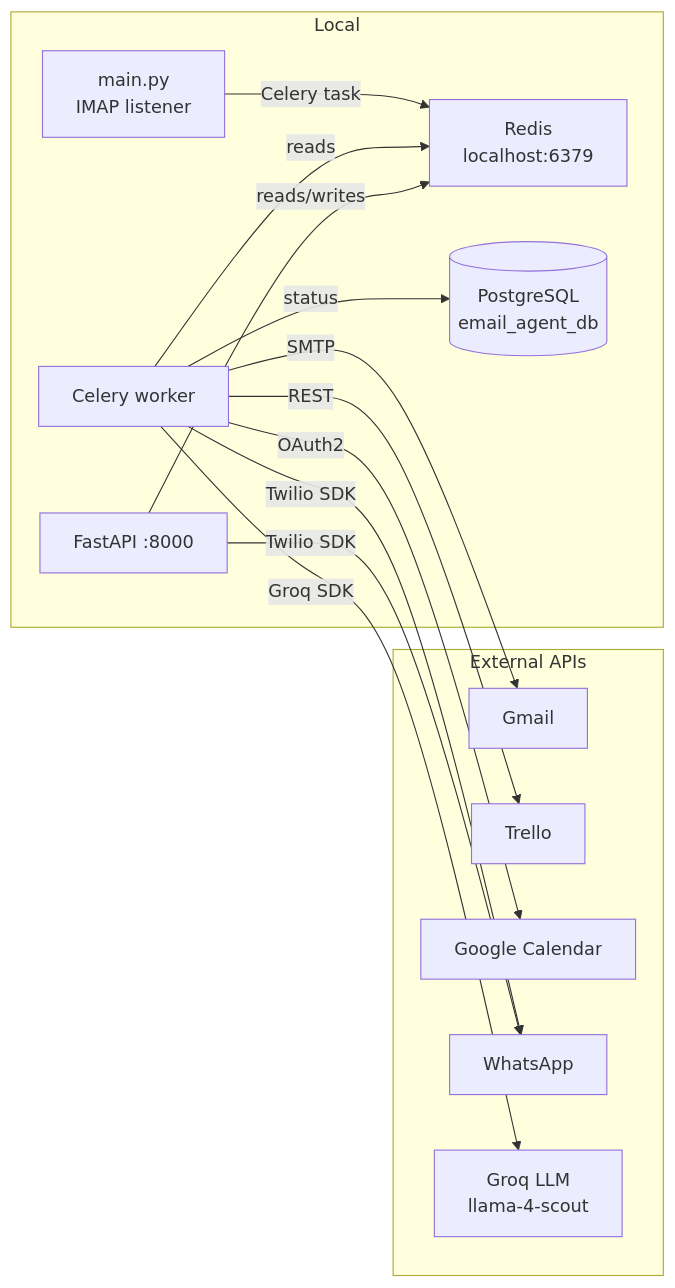
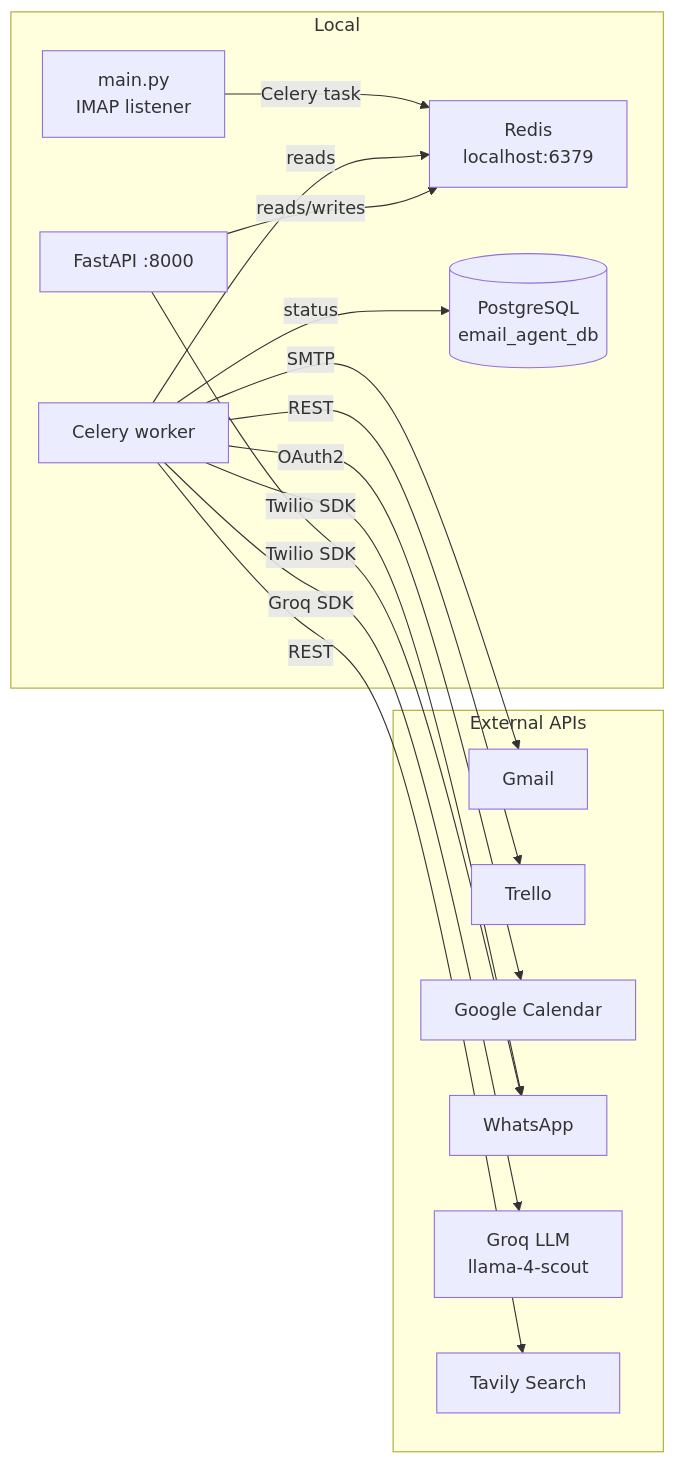
The fourth of 4 diagrams in README.md (Maharavan/MailMind), drawn with Mermaid before and after one commit. The commit also changed other lines of this file and 11 other files, not shown here.

````diff
--- a/README.md
+++ b/README.md
@@ -332,17 +391,18 @@
 ```mermaid
 graph LR
     subgraph Local
         A[main.py\nIMAP listener] -->|Celery task| B[Redis\nlocalhost:6379]
         C[Celery worker] -->|reads| B
         D[FastAPI :8000] -->|reads/writes| B
         C -->|status| E[(PostgreSQL\nemail_agent_db)]
     end
 
     subgraph External APIs
         C -->|SMTP| F[Gmail]
         C -->|REST| G[Trello]
         C -->|OAuth2| H[Google Calendar]
         C & D -->|Twilio SDK| I[WhatsApp]
         C -->|Groq SDK| J[Groq LLM\nllama-4-scout]
+        C -->|REST| K[Tavily Search]
     end
 ```
````
